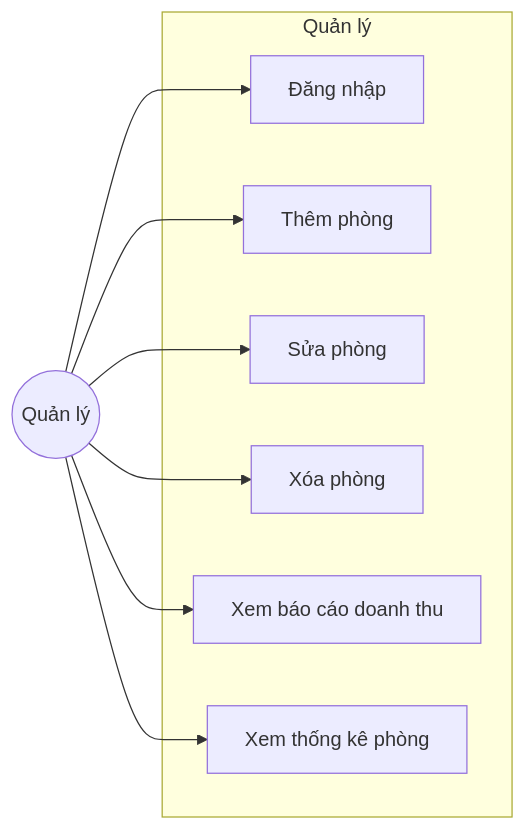
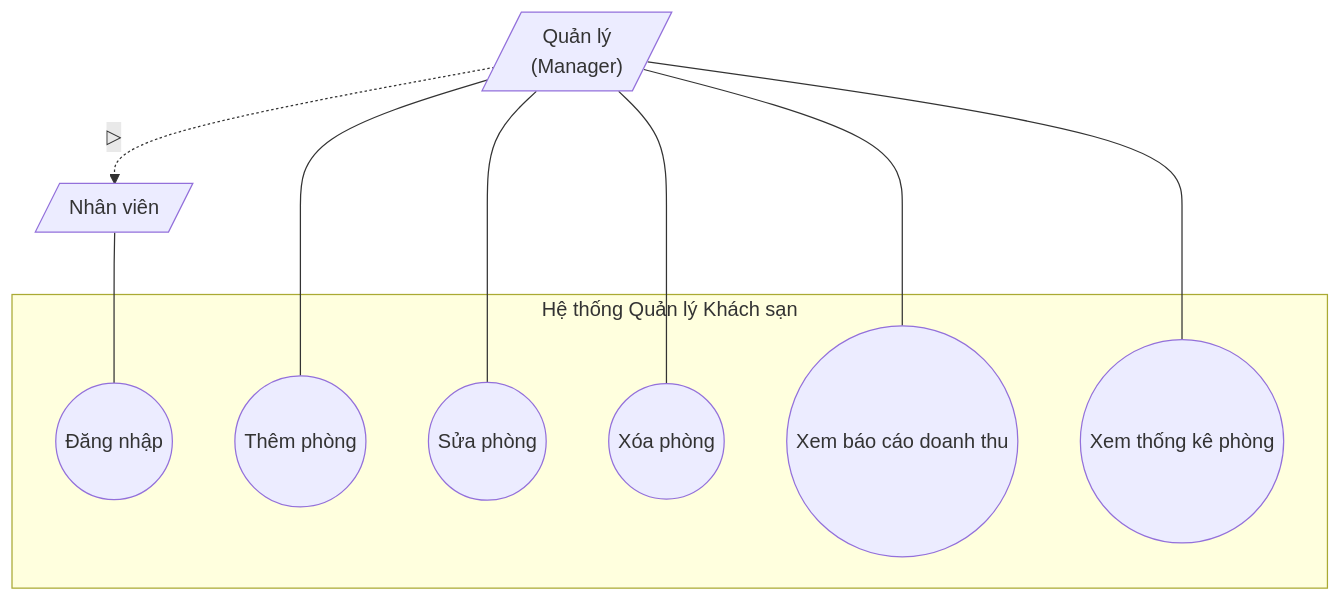
The third of 11 diagrams in docs/BaoCao_HotelManagement.md (IvanLyVodka11/hotel-management), drawn with Mermaid before and after one commit. The commit also changed other lines of this file and 1 other file, not shown here.

Commit message:
Fix Use Case diagrams: add Actor generalization, include relationships, remove flow arrows

````diff
--- a/docs/BaoCao_HotelManagement.md
+++ b/docs/BaoCao_HotelManagement.md
@@ -165,20 +229,28 @@
 ```mermaid
-flowchart LR
-    subgraph Management["Quản lý"]
-        UC1[Đăng nhập]
-        UC2[Thêm phòng]
-        UC3[Sửa phòng]
-        UC4[Xóa phòng]
-        UC5[Xem báo cáo doanh thu]
-        UC6[Xem thống kê phòng]
+flowchart TB
+    subgraph System["Hệ thống Quản lý Khách sạn"]
+        UC1((Đăng nhập))
+        UC2((Thêm phòng))
+        UC3((Sửa phòng))
+        UC4((Xóa phòng))
+        UC5((Xem báo cáo doanh thu))
+        UC6((Xem thống kê phòng))
     end
     
-    QL((Quản lý))
+    %% Actor cha và con
+    NV[/"Nhân viên"/]
+    QL[/"Quản lý<br/>(Manager)"/]
     
-    QL --> UC1
-    QL --> UC2
-    QL --> UC3
-    QL --> UC4
-    QL --> UC5
-    QL --> UC6
+    %% Generalization
+    QL -.->|▷| NV
+    
+    %% Actor cha nối với Use Case chung
+    NV --- UC1
+    
+    %% Actor Quản lý nối TRỰC TIẾP với từng Use Case
+    QL --- UC2
+    QL --- UC3
+    QL --- UC4
+    QL --- UC5
+    QL --- UC6
 ```
````
